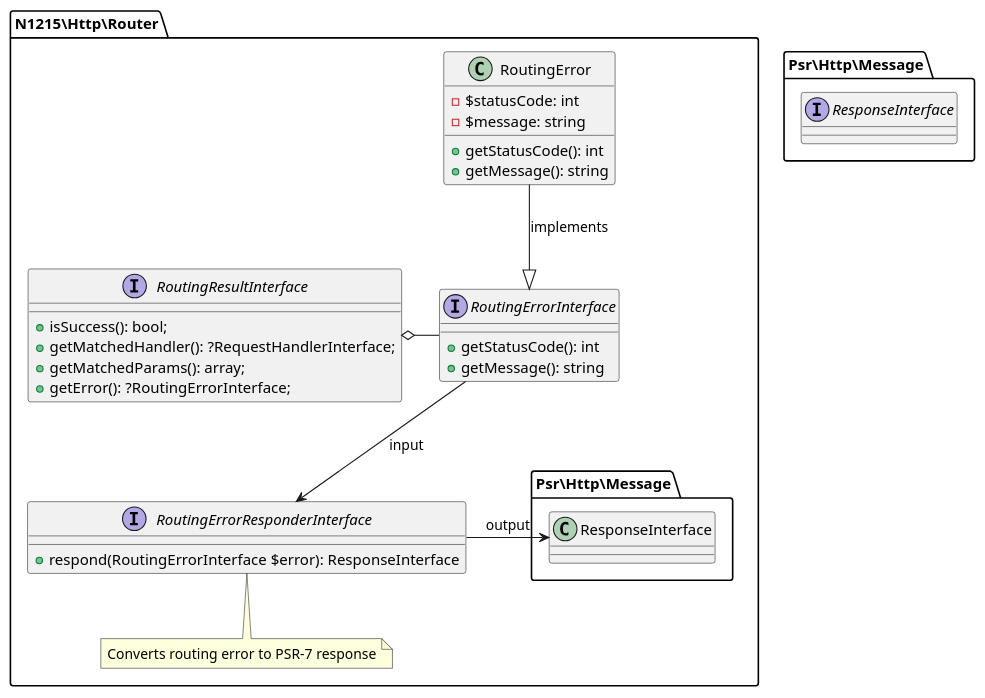
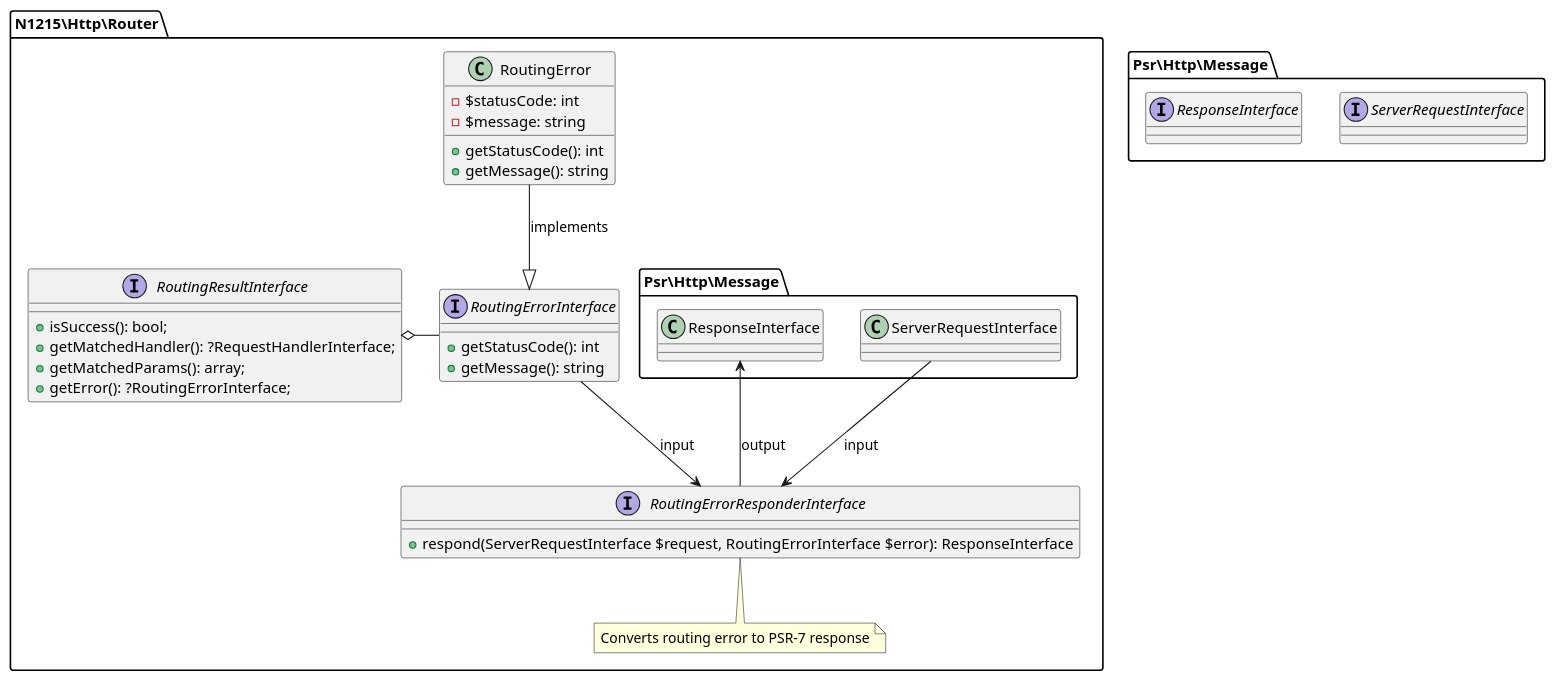
One commit to n1215/http-router changed the diagram in doc/routing-error.puml. Above: the diagram before and after it, drawn with PlantUML. The commit also changed 3 other files, not shown here.

Commit message:
make RoutingErrorResponder can use request info.

```diff
--- a/doc/routing-error.puml
+++ b/doc/routing-error.puml
@@ -1,42 +1,44 @@
 @startuml
 
 package N1215\Http\Router {
 
     interface RoutingErrorInterface {
         + getStatusCode(): int
         + getMessage(): string
     }
 
     class RoutingError {
         - $statusCode: int
         - $message: string
         + getStatusCode(): int
         + getMessage(): string
     }
 
     interface RoutingResultInterface {
         + isSuccess(): bool;
         + getMatchedHandler(): ?RequestHandlerInterface;
         + getMatchedParams(): array;
         + getError(): ?RoutingErrorInterface;
     }
 
     interface RoutingErrorResponderInterface {
-        + respond(RoutingErrorInterface $error): ResponseInterface
+        + respond(ServerRequestInterface $request, RoutingErrorInterface $error): ResponseInterface
     }
     note bottom of RoutingErrorResponderInterface: Converts routing error to PSR-7 response
 
     RoutingResultInterface o- RoutingErrorInterface
 
     RoutingErrorInterface --> RoutingErrorResponderInterface: input
-    RoutingErrorResponderInterface -> Psr\Http\Message.ResponseInterface: output
+    Psr\Http\Message.ServerRequestInterface --> RoutingErrorResponderInterface: input
+    RoutingErrorResponderInterface --> Psr\Http\Message.ResponseInterface: output
 
     RoutingError --|> RoutingErrorInterface: implements
 
 }
 
 namespace Psr\Http\Message {
+    interface ServerRequestInterface
     interface ResponseInterface
 }
 
 @enduml
```
